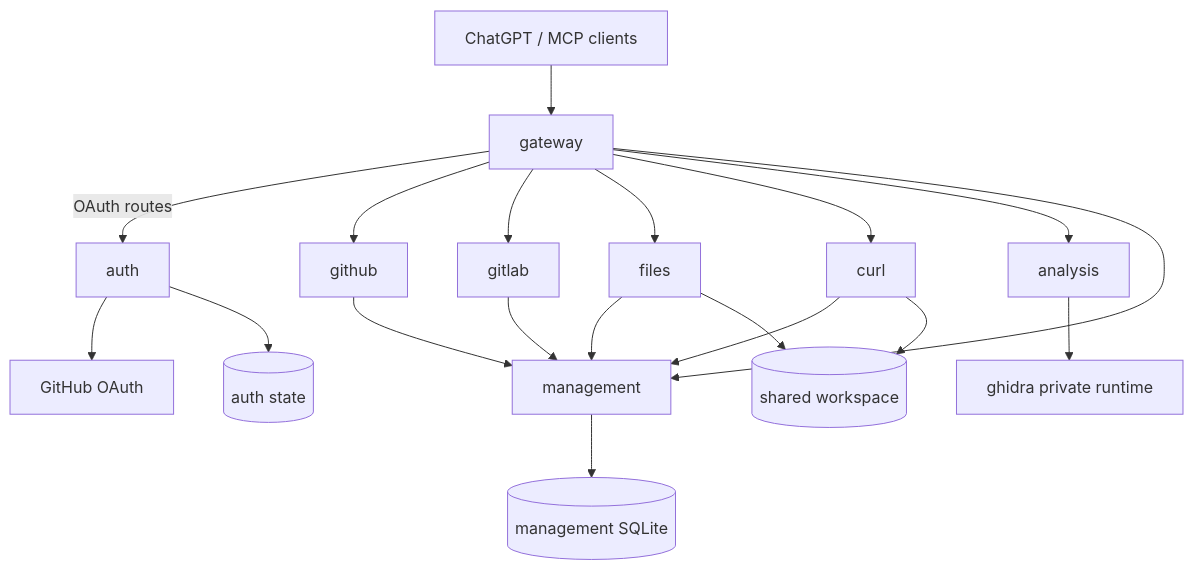
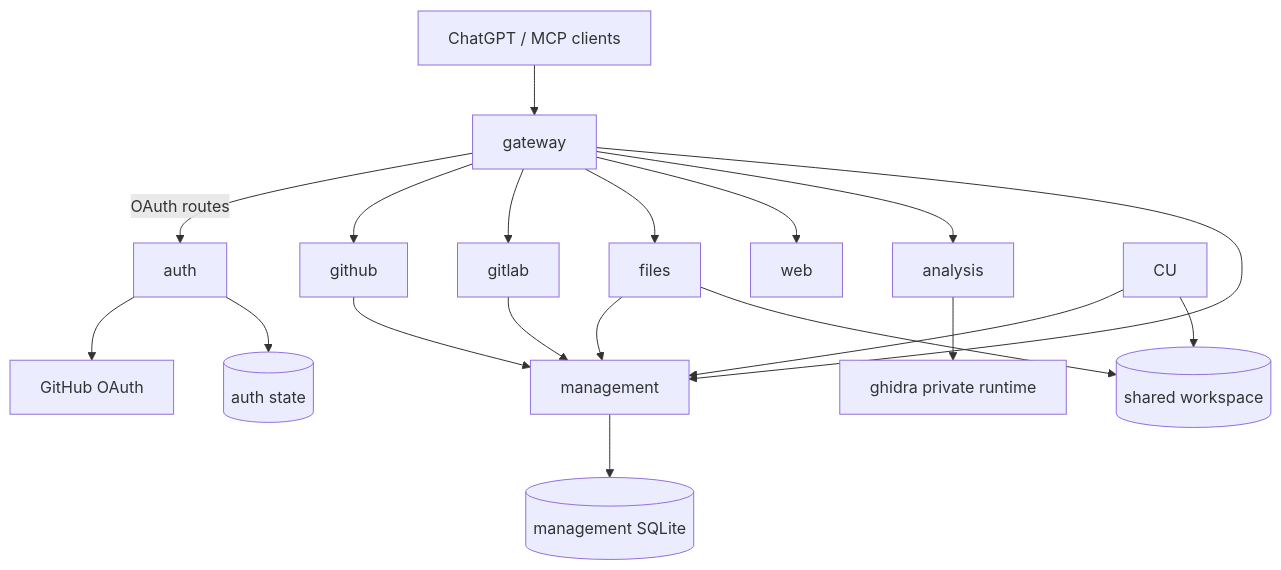
Before and after one commit to ArthurKoba/briareus: the diagram in docs/architecture/overview.md, drawn with Mermaid. The commit also changed other lines of this file and 20 other files, not shown here.

````diff
--- a/docs/architecture/overview.md
+++ b/docs/architecture/overview.md
@@ -5,25 +5,25 @@
 ```mermaid
 flowchart TB
     Client[ChatGPT / MCP clients] --> GW[gateway]
 
     GW -->|OAuth routes| AU[auth]
     AU --> GHID[GitHub OAuth]
 
     GW --> GH[github]
     GW --> GL[gitlab]
     GW --> FI[files]
-    GW --> CU[curl]
+    GW --> WEB[web]
     GW --> AN[analysis]
     GW --> CP[management]
 
     GH --> CP
     GL --> CP
     FI --> CP
     CU --> CP
     AN --> GD[ghidra private runtime]
 
     AU --> OAUTH[(auth state)]
     CP --> DB[(management SQLite)]
     FI --> WS[(shared workspace)]
     CU --> WS
 ```
````
